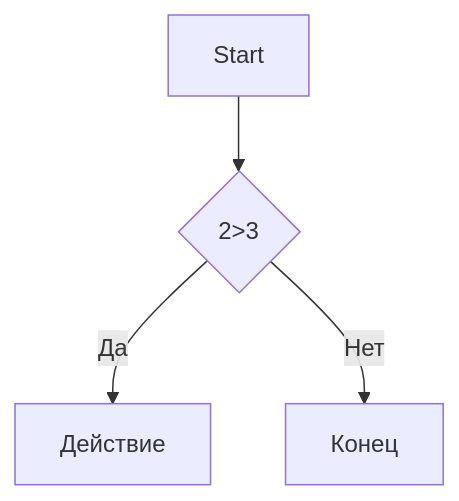
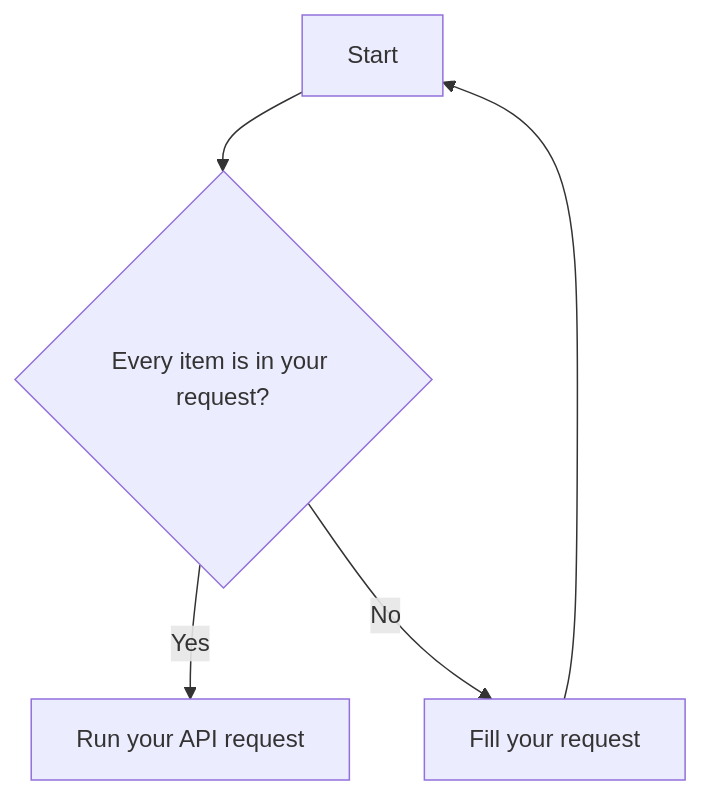
Before and after one commit to Fluorin3/CarTargetActionPredictor: the diagram in README.md, drawn with Mermaid.

````diff
--- a/README.md
+++ b/README.md
@@ -59,6 +59,6 @@
 ```mermaid
 graph TD
-  A[Start] --> B{2>3}
-  B --> |Да| C[Действие]
-  B --> |Нет| D[Конец]
+  A[Start] --> B{Every item is in your request?}
+  B --> |Yes| C[Run your API request]
+  B --> |No| D[Fill your request] --> A
 ```
````
